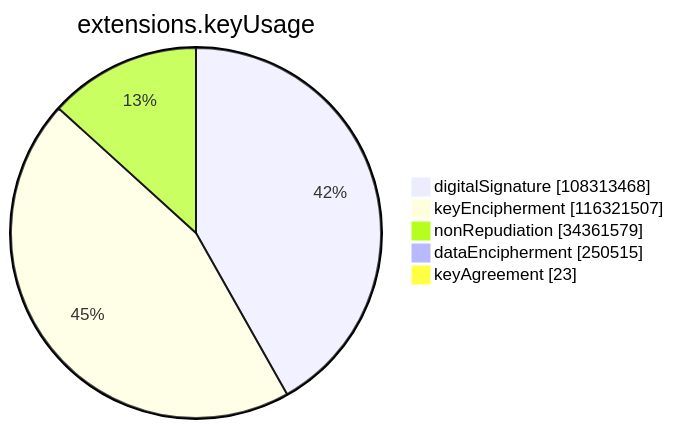
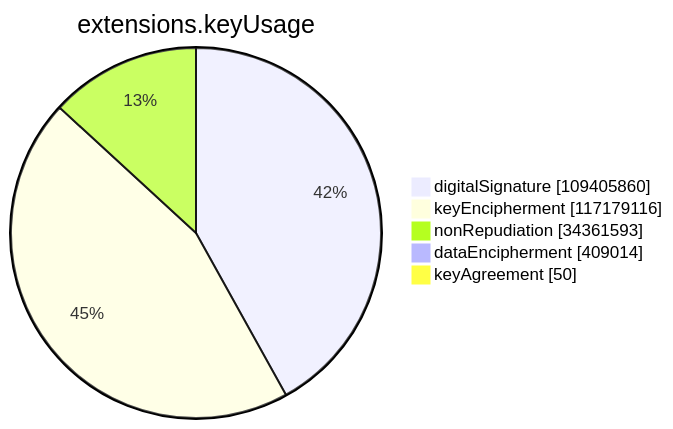
One commit to christiankrug/ctmonitor_visualization changed the sixth of 15 diagrams in argon2023/README.md. Above: the diagram before and after it, drawn with Mermaid. The commit also changed other lines of this file, not shown here.

````diff
--- a/argon2023/README.md
+++ b/argon2023/README.md
@@ -2132,9 +2134,9 @@
 ```mermaid
 pie showData
 title extensions.keyUsage
-"digitalSignature" :108313468
-"keyEncipherment" :116321507
-"nonRepudiation" :34361579
-"dataEncipherment" :250515
-"keyAgreement" :23
+"digitalSignature" :109405860
+"keyEncipherment" :117179116
+"nonRepudiation" :34361593
+"dataEncipherment" :409014
+"keyAgreement" :50
 ```
````
